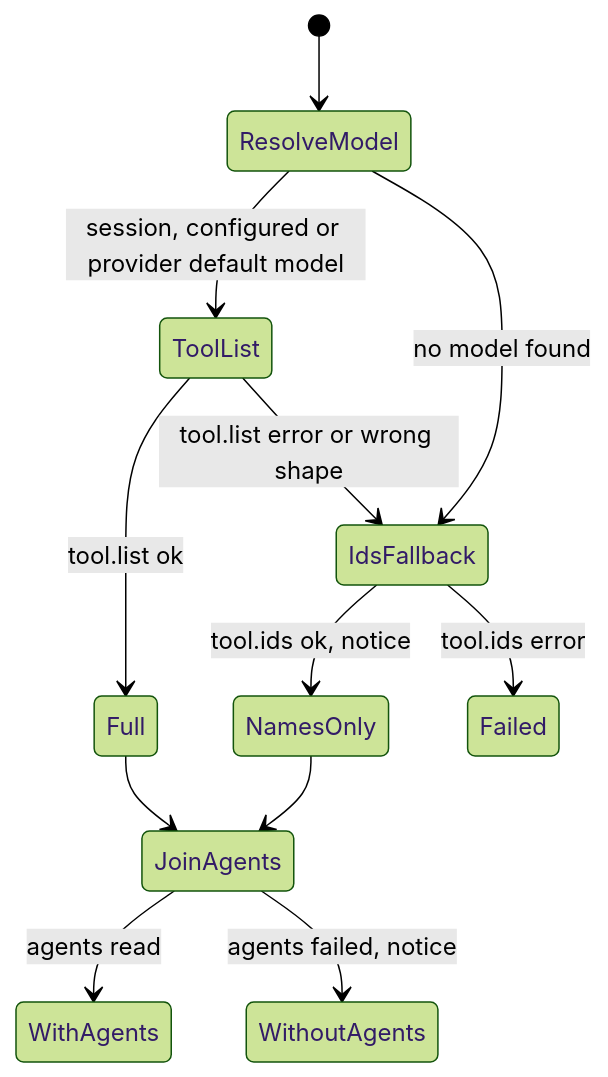
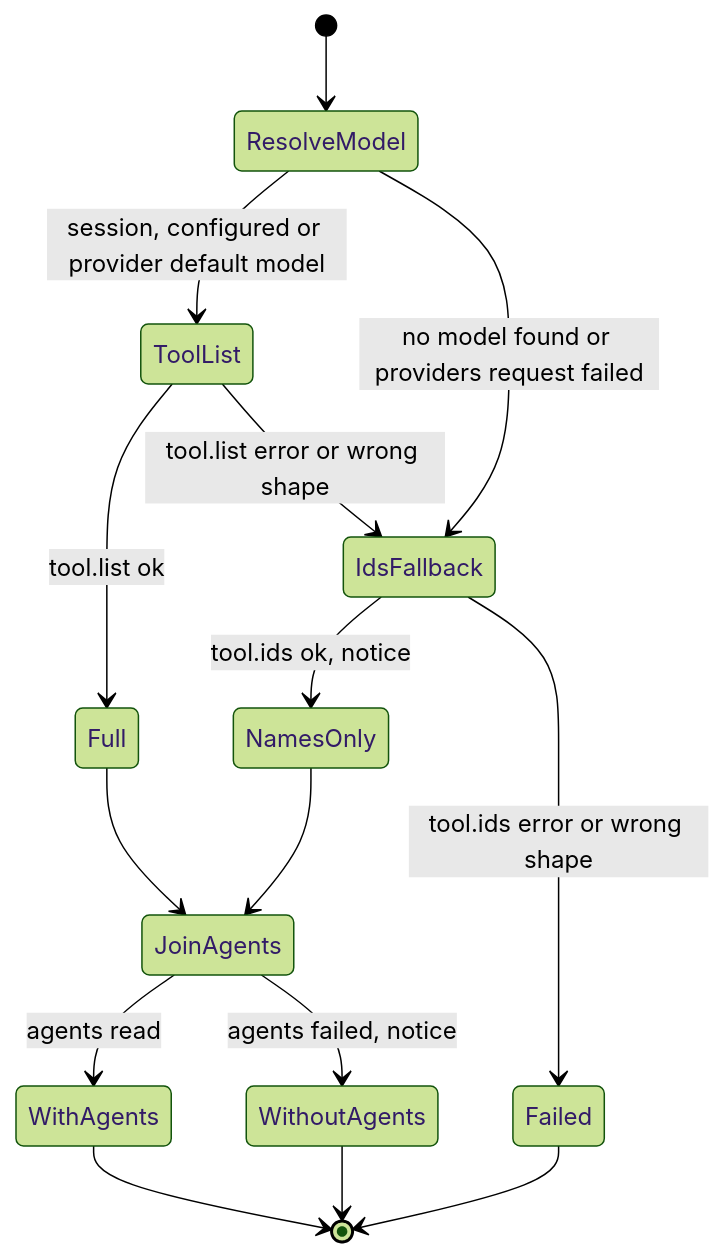
The third of 4 diagrams in docs/state-machines.md (lunchbox-labs/opencode-tool-inspector), drawn with Mermaid (forest theme) before and after one commit. The commit also changed other lines of this file and 1 other file, not shown here.

Commit message:
Correct state machine details found in review

````diff
--- a/docs/state-machines.md
+++ b/docs/state-machines.md
@@ -64,14 +67,17 @@
 ```mermaid
 stateDiagram-v2
     [*] --> ResolveModel
     ResolveModel --> ToolList: session, configured or provider default model
-    ResolveModel --> IdsFallback: no model found
+    ResolveModel --> IdsFallback: no model found or providers request failed
     ToolList --> Full: tool.list ok
     ToolList --> IdsFallback: tool.list error or wrong shape
     IdsFallback --> NamesOnly: tool.ids ok, notice
-    IdsFallback --> Failed: tool.ids error
+    IdsFallback --> Failed: tool.ids error or wrong shape
     Full --> JoinAgents
     NamesOnly --> JoinAgents
     JoinAgents --> WithAgents: agents read
     JoinAgents --> WithoutAgents: agents failed, notice
+    Failed --> [*]
+    WithAgents --> [*]
+    WithoutAgents --> [*]
 ```
````
